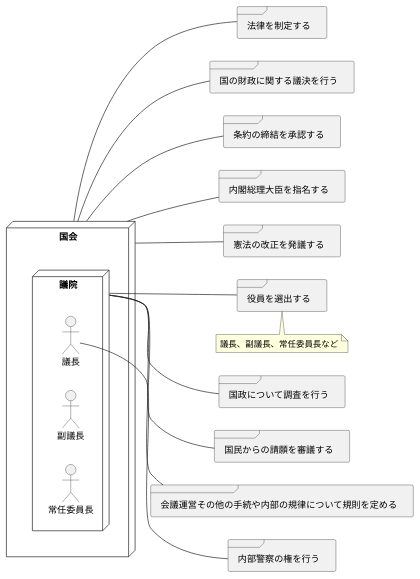
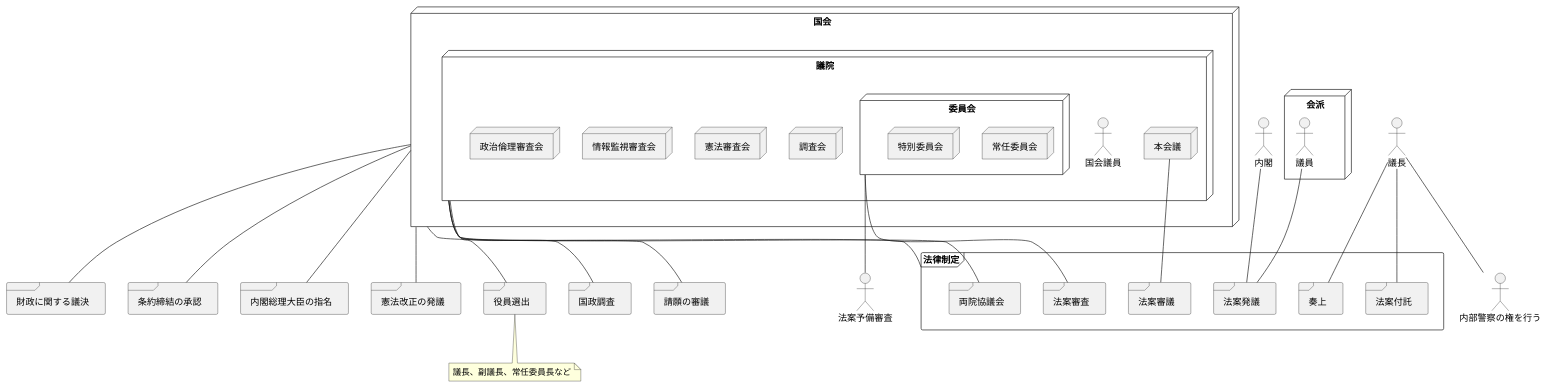
The first of 2 diagrams in 業務/参議院.md (ShoheiImamura/parliament), drawn with PlantUML before and after one commit. The commit also changed 58 other files, not shown here.

````diff
--- a/業務/参議院.md
+++ b/業務/参議院.md
@@ -5,39 +5,74 @@
 ```plantuml
 @startuml
-left to right direction
+' left to right direction
 
 node 国会 {
   node 議院 {
-      actor 議長
-      actor 副議長
-      actor 常任委員長
+    node 本会議 {
+    }
+    node 委員会 {
+      node 常任委員会 {
+      }
+      node 特別委員会 {
+      }
+    }
+    node 調査会 {
+    }
+    node 憲法審査会 {
+    }
+    node 情報監視審査会 {
+    }
+    node 政治倫理審査会 {
+    }
+    actor 国会議員
   }
 }
-frame 法律を制定する
-frame 国の財政に関する議決を行う
-frame 条約の締結を承認する
-frame 内閣総理大臣を指名する
-frame 憲法の改正を発議する
-frame 国政について調査を行う
-frame 国民からの請願を審議する
-frame 役員を選出する
+node 会派 {
+  actor 議員
+}
+frame 財政に関する議決
+frame 条約締結の承認
+frame 内閣総理大臣の指名
+frame 憲法改正の発議
+frame 国政調査
+frame 請願の審議
+frame 役員選出
 note bottom: 議長、副議長、常任委員長など
-frame 会議運営その他の手続や内部の規律について規則を定める
-frame 内部警察の権を行う
+
+frame 法律制定 {
+  frame 法案発議
+  frame 法案審査
+  frame 法案付託
+  frame 法案審議
+  frame 両院協議会
+  frame 奏上
+}
+
+' リレーション
+
+' 法律制定
+議員 -- 法案発議
+内閣 -- 法案発議
+委員会 -- 法案審査
+議長 -- 法案付託
+本会議 -- 法案審議
+議院 -- 両院協議会
+議長 -- 奏上
 
 
-' リレーション
-国会 -- 法律を制定する
-国会 -- 国の財政に関する議決を行う
-国会 -- 条約の締結を承認する
-国会 -- 内閣総理大臣を指名する
-国会 -- 憲法の改正を発議する
+国会 -- 法律制定
+国会 -- 財政に関する議決
+国会 -- 条約締結の承認
+国会 -- 内閣総理大臣の指名
+国会 -- 憲法改正の発議
 
-議院 -- 国政について調査を行う
-議院 -- 国民からの請願を審議する
-議院 -- 役員を選出する
-議院 -- 会議運営その他の手続や内部の規律について規則を定める
+議院 -- 国政調査
+議院 -- 請願の審議
+議院 -- 役員選出
 
+委員会 -- 法案予備審査
 議長 -- 内部警察の権を行う
+
+
 @enduml
 ```
````
